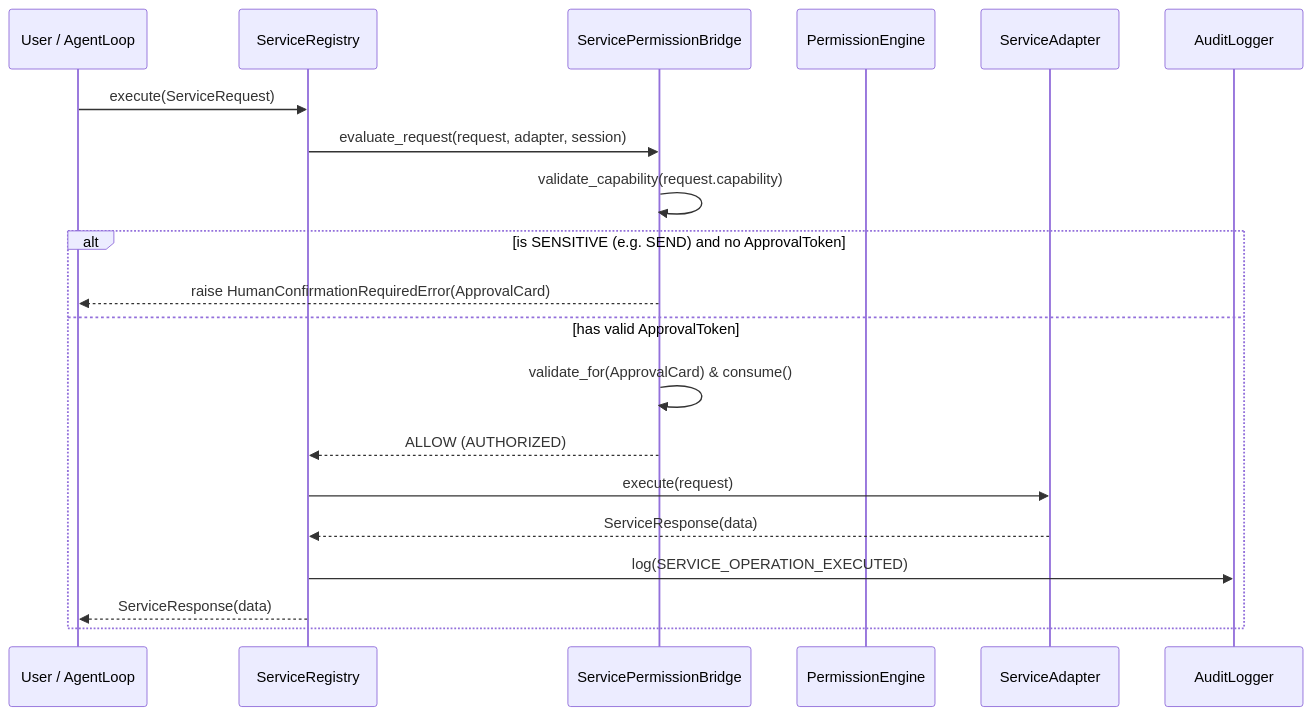
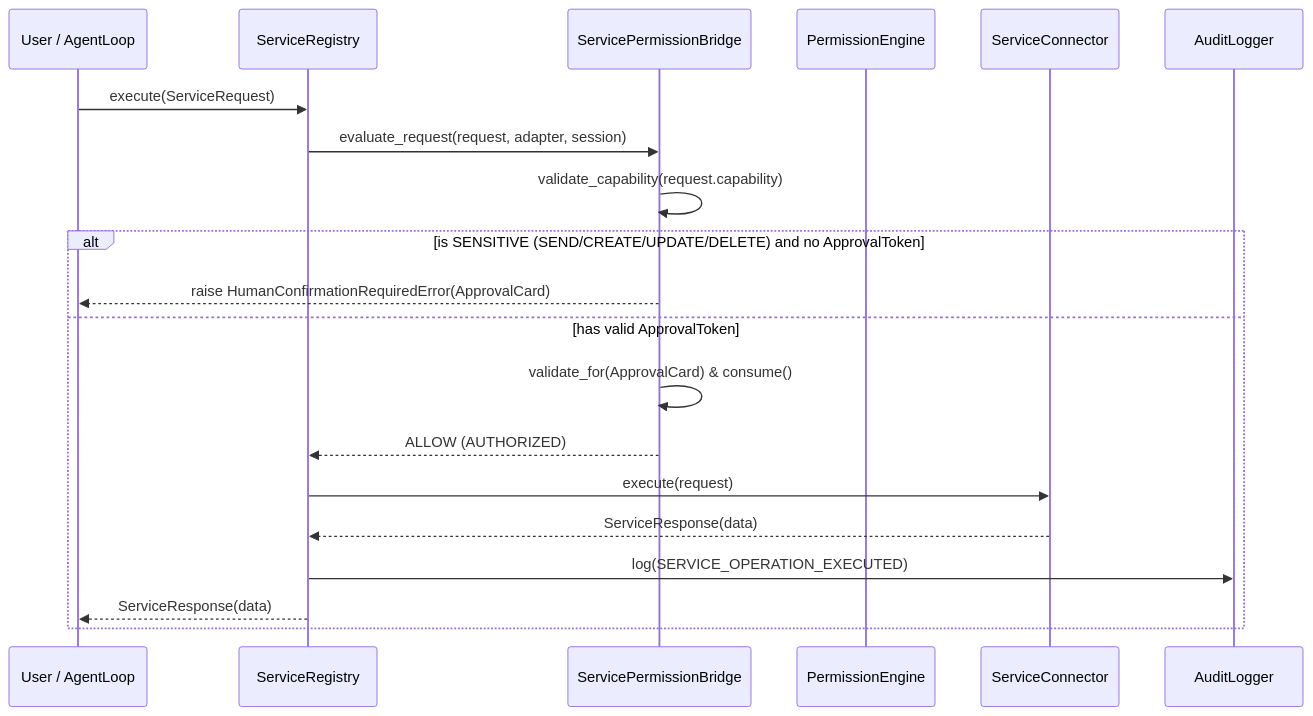
Before and after one commit to suprithsbasavanal-alt/JARVIS: the diagram in docs/phase-9.md, drawn with Mermaid. The commit also changed other lines of this file and 11 other files, not shown here.

````diff
--- a/docs/phase-9.md
+++ b/docs/phase-9.md
@@ -46,23 +68,23 @@
 ```mermaid
 sequenceDiagram
     participant User as User / AgentLoop
     participant Registry as ServiceRegistry
     participant Bridge as ServicePermissionBridge
     participant Engine as PermissionEngine
-    participant Adapter as ServiceAdapter
+    participant Connector as ServiceConnector
     participant Audit as AuditLogger
 
     User->>Registry: execute(ServiceRequest)
     Registry->>Bridge: evaluate_request(request, adapter, session)
     Bridge->>Bridge: validate_capability(request.capability)
-    alt is SENSITIVE (e.g. SEND) and no ApprovalToken
+    alt is SENSITIVE (SEND/CREATE/UPDATE/DELETE) and no ApprovalToken
         Bridge-->>User: raise HumanConfirmationRequiredError(ApprovalCard)
     else has valid ApprovalToken
         Bridge->>Bridge: validate_for(ApprovalCard) & consume()
         Bridge-->>Registry: ALLOW (AUTHORIZED)
-        Registry->>Adapter: execute(request)
-        Adapter-->>Registry: ServiceResponse(data)
+        Registry->>Connector: execute(request)
+        Connector-->>Registry: ServiceResponse(data)
         Registry->>Audit: log(SERVICE_OPERATION_EXECUTED)
         Registry-->>User: ServiceResponse(data)
     end
 ```
````
